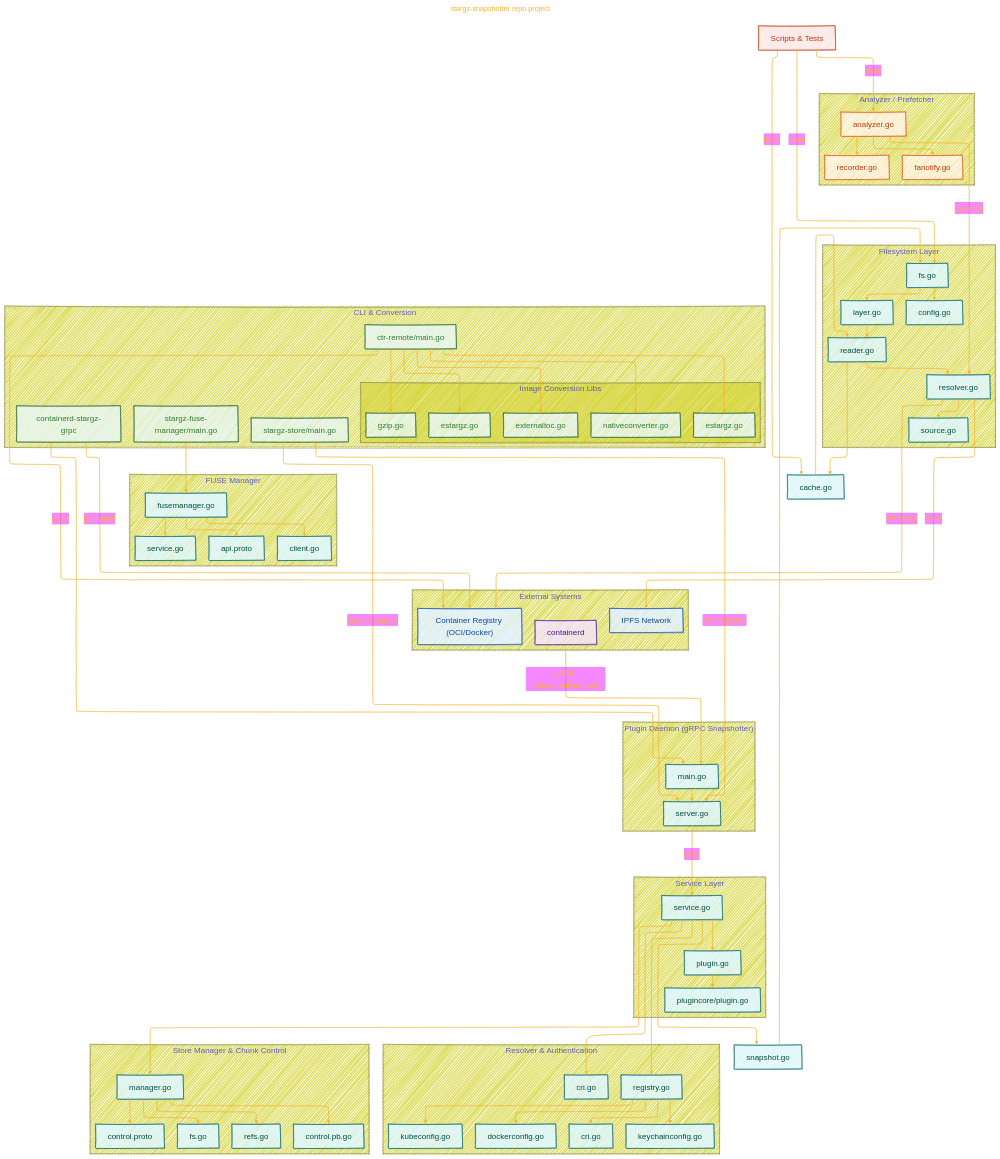
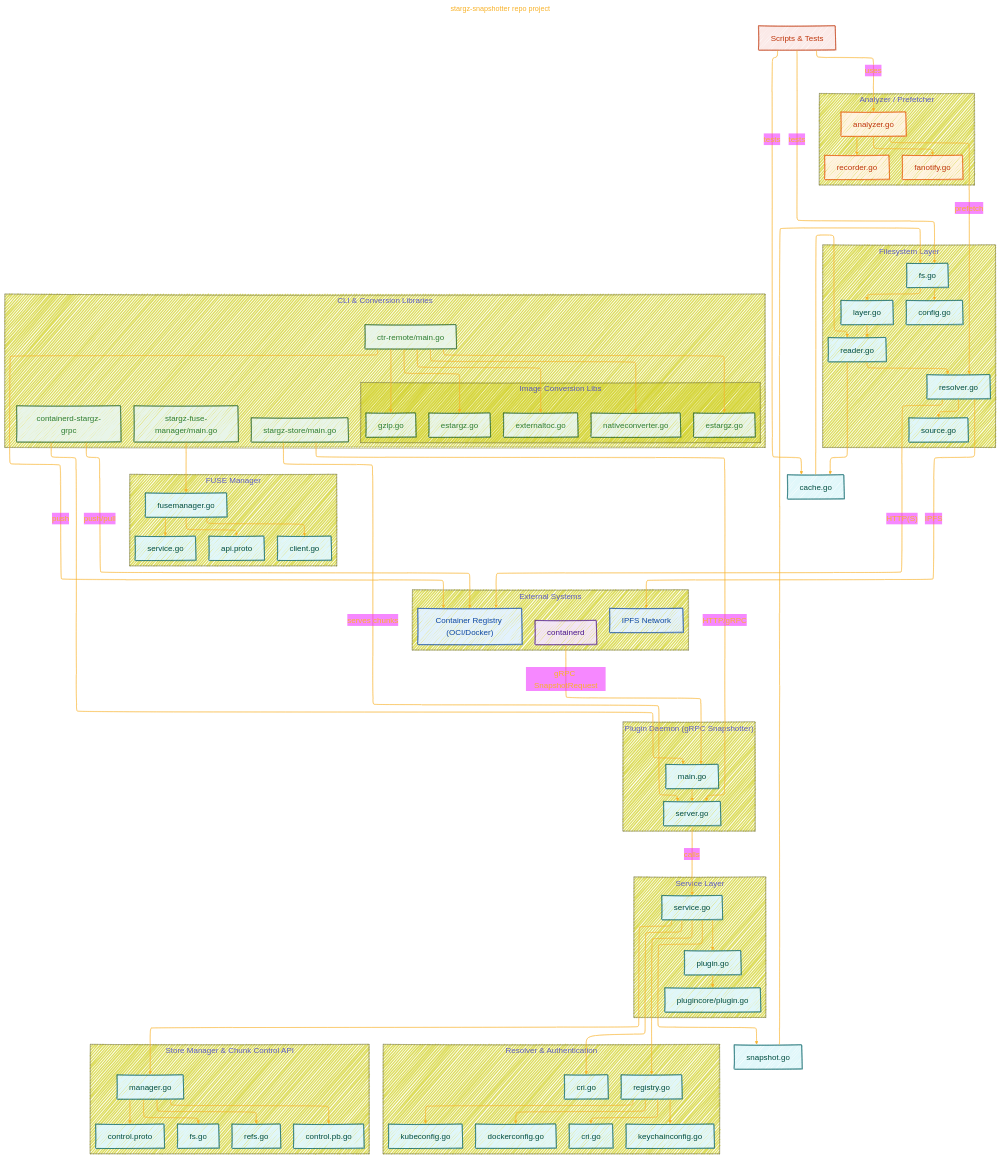
The first of 2 diagrams in APPLE/containerd_project/stargz-snapshotter.md (CongLeSolutionX/ArchExplorer), drawn with Mermaid before and after one commit. The commit also changed other lines of this file, not shown here.

Commit message:
update notes

```diff
--- a/APPLE/containerd_project/stargz-snapshotter.md
+++ b/APPLE/containerd_project/stargz-snapshotter.md
@@ -45,7 +45,7 @@
 author: "Cong Le"
 version: "1.0"
 license(s): "MIT, CC BY-SA 4.0"
-copyright: "Copyright (c) 2025 Cong Le. All Rights Reserved."
+copyright: "Copyright © 2025 Cong Le. All Rights Reserved."
 config:
   layout: elk
   theme: base
@@ -72,32 +72,28 @@
   }
 }%%
 flowchart TD
-    %% External Systems
-    subgraph "External Systems"
-        direction TB
+    subgraph External_Systems["External Systems"]
+    direction TB
         Containerd["containerd"]:::external
         Registry["Container Registry (OCI/Docker)"]:::cloud
         IPFSCloud["IPFS Network"]:::cloud
     end
-
-    %% Daemon / Plugin
-    subgraph "Plugin Daemon (gRPC Snapshotter)" 
-        direction TB
+    
+    subgraph Plugin_Daemon["Plugin Daemon (gRPC Snapshotter)"]
+    direction TB
         DaemonMain["main.go"]:::runtime
         DaemonServer["server.go"]:::runtime
     end
 
-    %% Service Layer
-    subgraph "Service Layer"
-        direction TB
+    subgraph Service_Layer["Service Layer"]
+    direction TB
         Service["service.go"]:::runtime
         PluginAPI["plugin.go"]:::runtime
         PluginCore["plugincore/plugin.go"]:::runtime
     end
 
-    %% Resolver & Authentication
-    subgraph "Resolver & Authentication"
-        direction TB
+    subgraph Resolver_and_Authentication["Resolver & Authentication"]
+    direction TB
         ResolverRegistry["registry.go"]:::runtime
         ResolverCRI["cri.go"]:::runtime
         KeychainDocker["dockerconfig.go"]:::runtime
@@ -106,9 +102,8 @@
         KeychainConfig["keychainconfig.go"]:::runtime
     end
 
-    %% Store Manager & Chunk Control API
-    subgraph "Store Manager & Chunk Control"
-        direction TB
+    subgraph Store_Manager_and_Chunk_Control_API["Store Manager & Chunk Control API"]
+    direction TB
         StoreManager["manager.go"]:::runtime
         StoreFS["fs.go"]:::runtime
         StoreRefs["refs.go"]:::runtime
@@ -119,9 +114,8 @@
     %% Snapshot Orchestration
     Snapshot["snapshot.go"]:::runtime
 
-    %% Filesystem Layer
-    subgraph "Filesystem Layer"
-        direction TB
+    subgraph Filesystem_Layer["Filesystem Layer"]
+    direction TB
         FSCore["fs.go"]:::runtime
         FSConfig["config.go"]:::runtime
         FSLayer["layer.go"]:::runtime
@@ -133,32 +127,30 @@
     %% Cache Layer
     Cache["cache.go"]:::runtime
 
-    %% Analyzer / Prefetcher
-    subgraph "Analyzer / Prefetcher"
+    subgraph Analyzer_Prefetcher["Analyzer / Prefetcher"]
         direction TB
         AnalyzerCore["analyzer.go"]:::prefetch
         Fanotify["fanotify.go"]:::prefetch
         Recorder["recorder.go"]:::prefetch
     end
 
-    %% FUSE Manager
-    subgraph "FUSE Manager"
-        direction TB
+    subgraph FUSE_Manager["FUSE Manager"]
+    direction TB
         FuseMgr["fusemanager.go"]:::runtime
         FuseAPI["api.proto"]:::runtime
         FuseClient["client.go"]:::runtime
         FuseSvc["service.go"]:::runtime
     end
 
-    %% CLI & Conversion Libraries
-    subgraph "CLI & Conversion"
-        direction TB
+    subgraph CLI_and_Conversion_Libraries["CLI & Conversion Libraries"]
+    direction TB
         CLI_Daemon["containerd-stargz-grpc"]:::cli
         CTRRemote["ctr-remote/main.go"]:::cli
         StargzStore["stargz-store/main.go"]:::cli
         FuseCLI["stargz-fuse-manager/main.go"]:::cli
-        subgraph "Image Conversion Libs"
-            direction TB
+        
+        subgraph Image_Conversion_Libs["Image Conversion Libs"]
+        direction TB
             Estargz["estargz.go"]:::cli
             ExternalTOC["externaltoc.go"]:::cli
             Gzip["gzip.go"]:::cli
```
